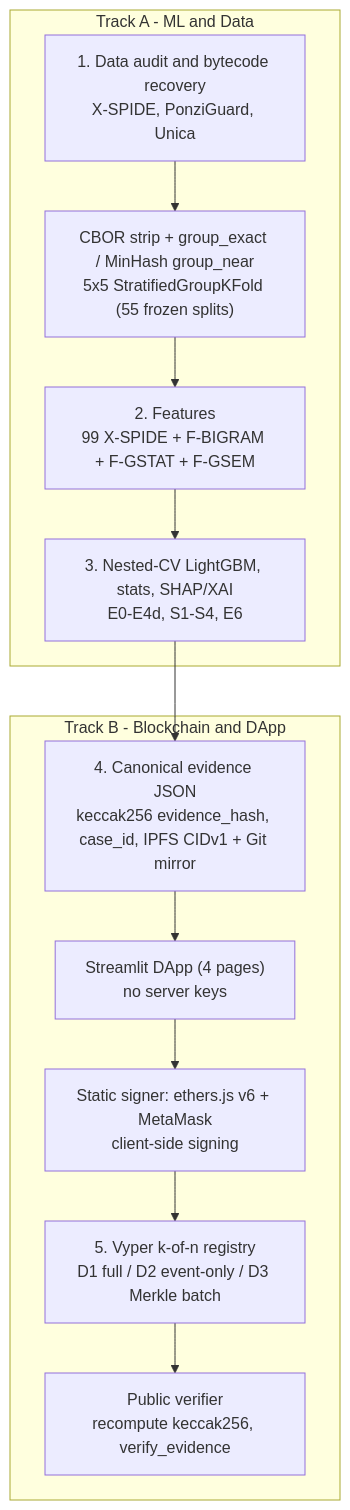
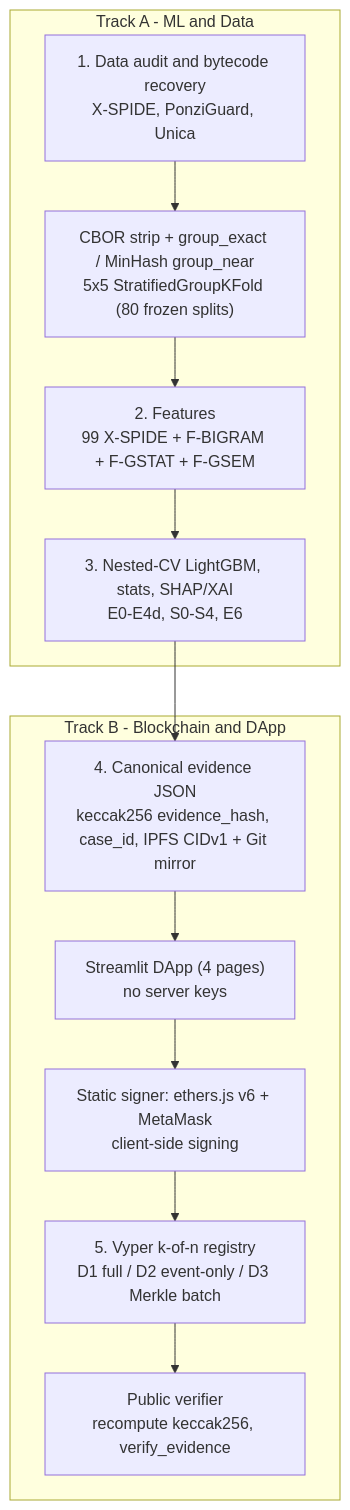
Before and after one commit to gminh715/IS355_DICTATOR_X-SPIDE-G: the diagram in README.md, drawn with Mermaid. The commit also changed other lines of this file and 17 other files, not shown here.

````diff
--- a/README.md
+++ b/README.md
@@ -81,15 +81,15 @@
 ```mermaid
 flowchart TD
     subgraph A["Track A - ML and Data"]
-        D1["1. Data audit and bytecode recovery<br/>X-SPIDE, PonziGuard, Unica"] --> D2["CBOR strip + group_exact / MinHash group_near<br/>5x5 StratifiedGroupKFold (55 frozen splits)"]
+        D1["1. Data audit and bytecode recovery<br/>X-SPIDE, PonziGuard, Unica"] --> D2["CBOR strip + group_exact / MinHash group_near<br/>5x5 StratifiedGroupKFold (80 frozen splits)"]
         D2 --> F["2. Features<br/>99 X-SPIDE + F-BIGRAM + F-GSTAT + F-GSEM"]
-        F --> M["3. Nested-CV LightGBM, stats, SHAP/XAI<br/>E0-E4d, S1-S4, E6"]
+        F --> M["3. Nested-CV LightGBM, stats, SHAP/XAI<br/>E0-E4d, S0-S4, E6"]
     end
     subgraph B["Track B - Blockchain and DApp"]
         M --> E["4. Canonical evidence JSON<br/>keccak256 evidence_hash, case_id, IPFS CIDv1 + Git mirror"]
         E --> UI["Streamlit DApp (4 pages)<br/>no server keys"]
         UI --> S["Static signer: ethers.js v6 + MetaMask<br/>client-side signing"]
         S --> C["5. Vyper k-of-n registry<br/>D1 full / D2 event-only / D3 Merkle batch"]
         C --> V["Public verifier<br/>recompute keccak256, verify_evidence"]
     end
 ```
````
